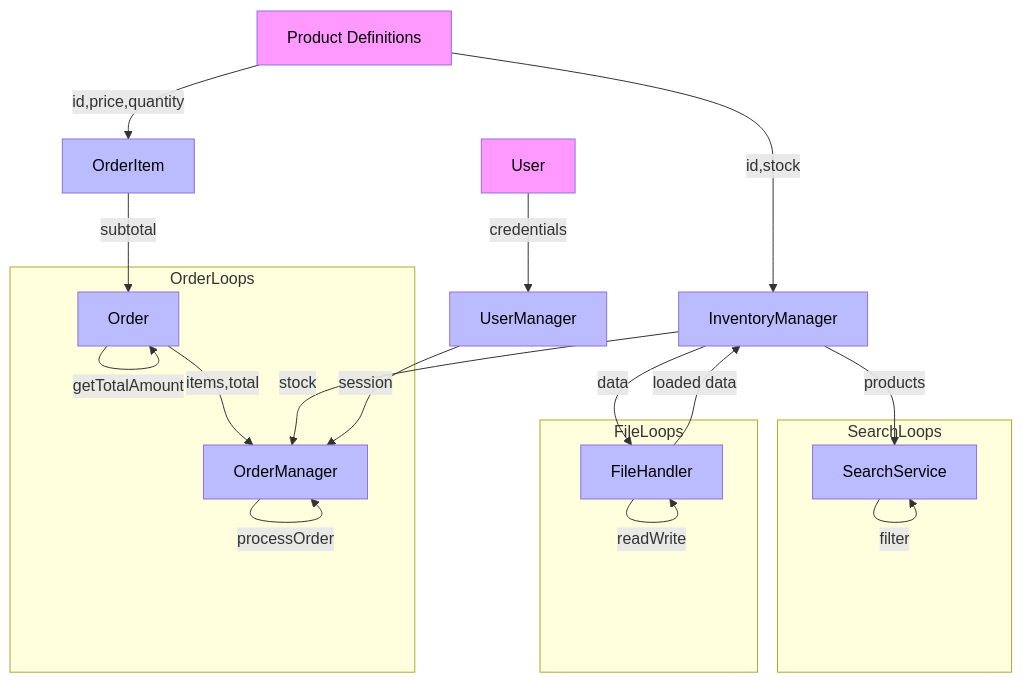
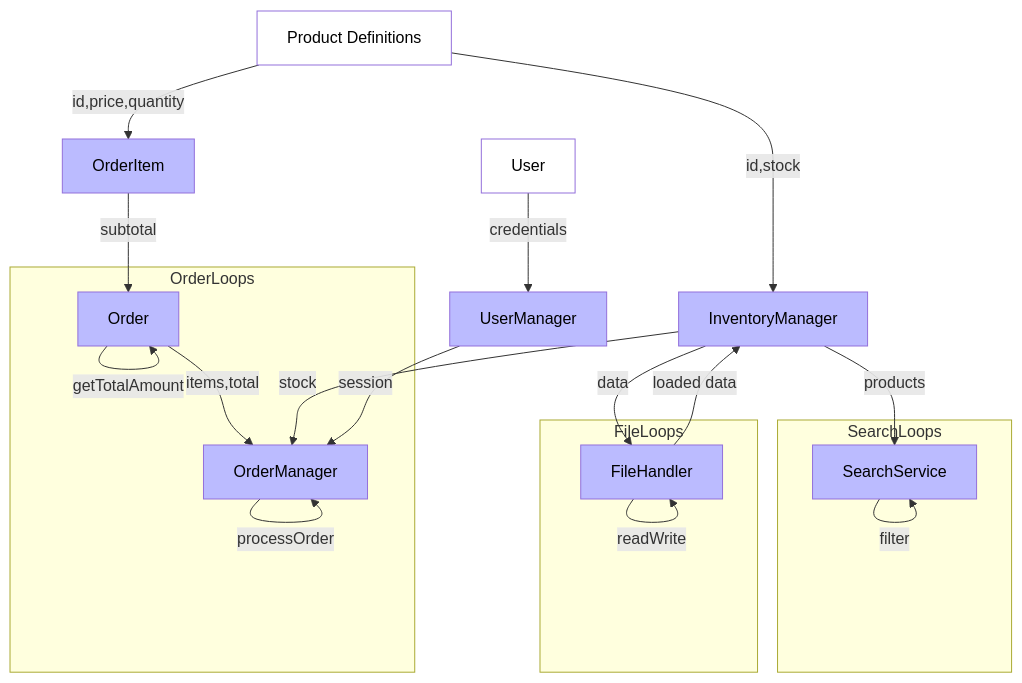
One commit to somshivgupta/Software-Testing-Project changed the first of 2 diagrams in README.md. Above: the diagram before and after it, drawn with Mermaid. The commit also changed other lines of this file, not shown here.

Commit message:
Testing graphs in readme on github

````diff
--- a/README.md
+++ b/README.md
@@ -219,45 +223,45 @@
 ```mermaid
 flowchart TD
     %% Product Flow
     P[Product Definitions] -->|id,price,quantity| OI[OrderItem]
     P -->|id,stock| IM[InventoryManager]
     
     %% Order Flow
     OI -->|subtotal| O[Order]
     O -->|items,total| OM[OrderManager]
     
     %% Inventory Flow
     IM -->|products| SS[SearchService]
     IM -->|stock| OM
     IM -->|data| FH[FileHandler]
     FH -->|loaded data| IM
     
     %% User Flow
     U[User] -->|credentials| UM[UserManager]
     UM -->|session| OM
 
     %% Loops
     subgraph OrderLoops
         O -->|getTotalAmount| O
         OM -->|processOrder| OM
     end
     
     subgraph SearchLoops
         SS -->|filter| SS
     end
     
     subgraph FileLoops
         FH -->|readWrite| FH
     end
 
     %% Definitions and Uses
-    style P fill:#f9f,color:#000
-    style U fill:#f9f,color:#000
+    style P fill:#fff,color:#000
+    style U fill:#fff,color:#000
     style OI fill:#bbf,color:#000
     style O fill:#bbf,color:#000
     style IM fill:#bbf,color:#000
     style OM fill:#bbf,color:#000
     style SS fill:#bbf,color:#000
     style FH fill:#bbf,color:#000
     style UM fill:#bbf,color:#000
 ```
````
